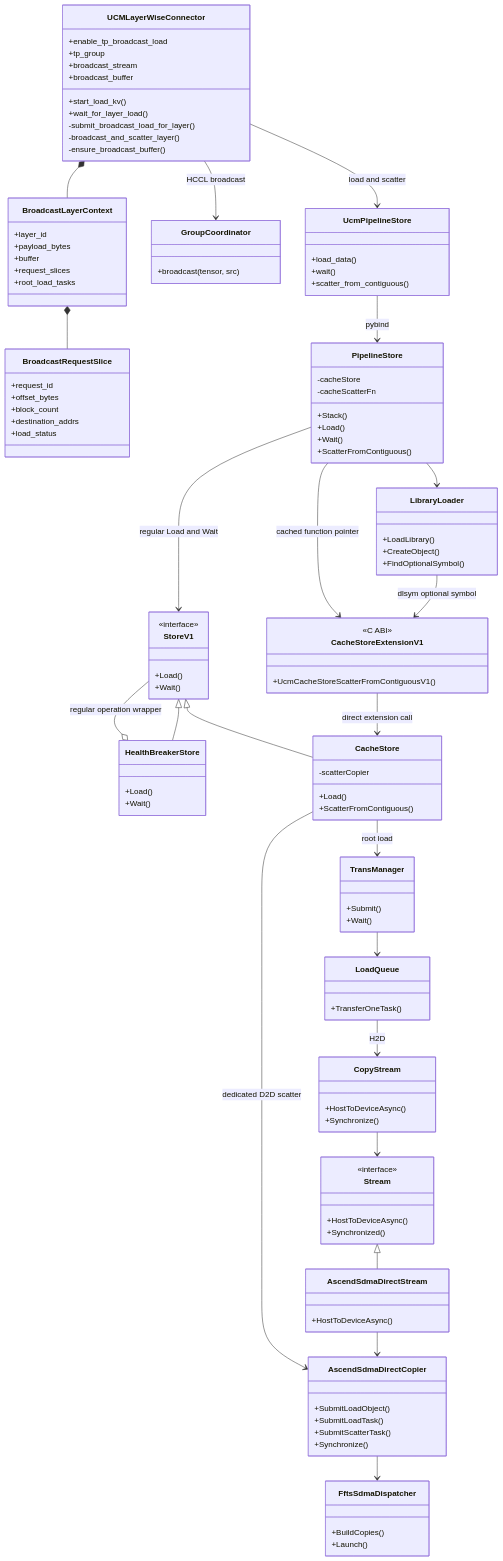
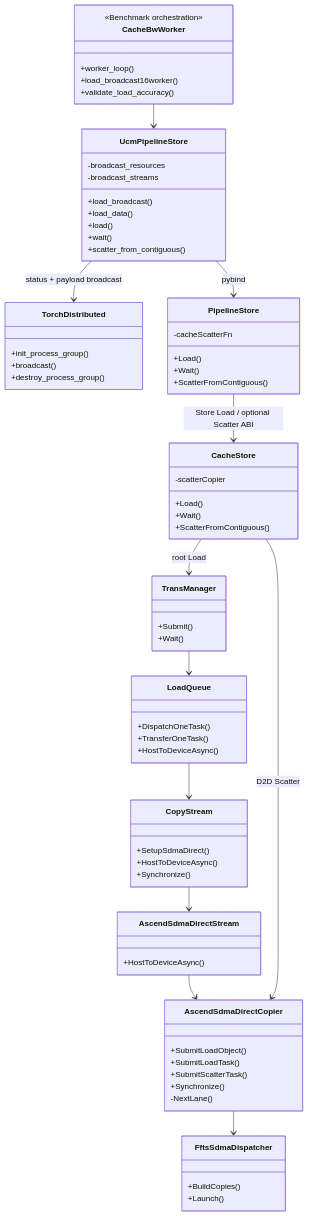
One commit to NaganooMei/unified-cache-management changed the third of 5 diagrams in docs/source/developer-guide/tp16_broadcast_load_design.md. Above: the diagram before and after it, drawn with Mermaid. The commit also changed other lines of this file and 3 other files, not shown here.

Commit message:
feat: add synchronous pipeline broadcast load

````diff
--- a/docs/source/developer-guide/tp16_broadcast_load_design.md
+++ b/docs/source/developer-guide/tp16_broadcast_load_design.md
@@ -139,76 +202,38 @@
 ```mermaid
 classDiagram
-    class UCMLayerWiseConnector {
-        +enable_tp_broadcast_load
-        +tp_group
-        +broadcast_stream
-        +broadcast_buffer
-        +start_load_kv()
-        +wait_for_layer_load()
-        -submit_broadcast_load_for_layer()
-        -broadcast_and_scatter_layer()
-        -ensure_broadcast_buffer()
+    class CacheBwWorker {
+        <<Benchmark orchestration>>
+        +worker_loop()
+        +load_broadcast16worker()
+        +validate_load_accuracy()
     }
 
-    class BroadcastLayerContext {
-        +layer_id
-        +payload_bytes
-        +buffer
-        +request_slices
-        +root_load_tasks
-    }
-
-    class BroadcastRequestSlice {
-        +request_id
-        +offset_bytes
-        +block_count
-        +destination_addrs
-        +load_status
-    }
-
-    class GroupCoordinator {
-        +broadcast(tensor, src)
+    class TorchDistributed {
+        +init_process_group()
+        +broadcast()
+        +destroy_process_group()
     }
 
     class UcmPipelineStore {
+        +load_broadcast()
         +load_data()
+        +load()
         +wait()
         +scatter_from_contiguous()
+        -broadcast_resources
+        -broadcast_streams
     }
 
     class PipelineStore {
-        -cacheStore
-        -cacheScatterFn
-        +Stack()
         +Load()
         +Wait()
         +ScatterFromContiguous()
-    }
-
-    class LibraryLoader {
-        +LoadLibrary()
-        +CreateObject()
-        +FindOptionalSymbol()
-    }
-
-    class CacheStoreExtensionV1 {
-        <<C ABI>>
-        +UcmCacheStoreScatterFromContiguousV1()
-    }
-
-    class StoreV1 {
-        <<interface>>
-        +Load()
-        +Wait()
-    }
-
-    class HealthBreakerStore {
-        +Load()
-        +Wait()
+        -cacheScatterFn
     }
 
     class CacheStore {
         +Load()
+        +Wait()
         +ScatterFromContiguous()
         -scatterCopier
     }
@@ -219,18 +244,15 @@
     }
 
     class LoadQueue {
+        +DispatchOneTask()
         +TransferOneTask()
+        +HostToDeviceAsync()
     }
 
     class CopyStream {
+        +SetupSdmaDirect()
         +HostToDeviceAsync()
         +Synchronize()
-    }
-
-    class Stream {
-        <<interface>>
-        +HostToDeviceAsync()
-        +Synchronized()
     }
 
     class AscendSdmaDirectStream {
@@ -242,6 +264,7 @@
         +SubmitLoadTask()
         +SubmitScatterTask()
         +Synchronize()
+        -NextLane()
     }
 
     class FftsSdmaDispatcher {
@@ -249,25 +272,15 @@
         +Launch()
     }
 
-    UCMLayerWiseConnector *-- BroadcastLayerContext
-    BroadcastLayerContext *-- BroadcastRequestSlice
-    UCMLayerWiseConnector --> GroupCoordinator : HCCL broadcast
-    UCMLayerWiseConnector --> UcmPipelineStore : load and scatter
+    CacheBwWorker --> UcmPipelineStore
+    UcmPipelineStore --> TorchDistributed : status + payload broadcast
     UcmPipelineStore --> PipelineStore : pybind
-    PipelineStore --> StoreV1 : regular Load and Wait
-    PipelineStore --> LibraryLoader
-    LibraryLoader --> CacheStoreExtensionV1 : dlsym optional symbol
-    PipelineStore --> CacheStoreExtensionV1 : cached function pointer
-    CacheStoreExtensionV1 --> CacheStore : direct extension call
-    StoreV1 <|-- CacheStore
-    StoreV1 <|-- HealthBreakerStore
-    HealthBreakerStore o-- StoreV1 : regular operation wrapper
-    CacheStore --> TransManager : root load
+    PipelineStore --> CacheStore : Store Load / optional Scatter ABI
+    CacheStore --> TransManager : root Load
     TransManager --> LoadQueue
-    LoadQueue --> CopyStream : H2D
-    CopyStream --> Stream
-    Stream <|-- AscendSdmaDirectStream
+    LoadQueue --> CopyStream
+    CopyStream --> AscendSdmaDirectStream
     AscendSdmaDirectStream --> AscendSdmaDirectCopier
-    CacheStore --> AscendSdmaDirectCopier : dedicated D2D scatter
+    CacheStore --> AscendSdmaDirectCopier : D2D Scatter
     AscendSdmaDirectCopier --> FftsSdmaDispatcher
 ```
````
